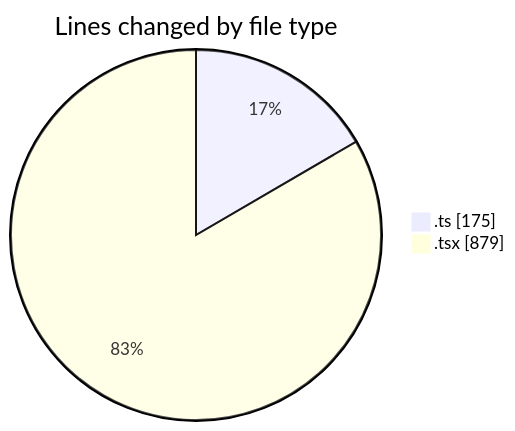
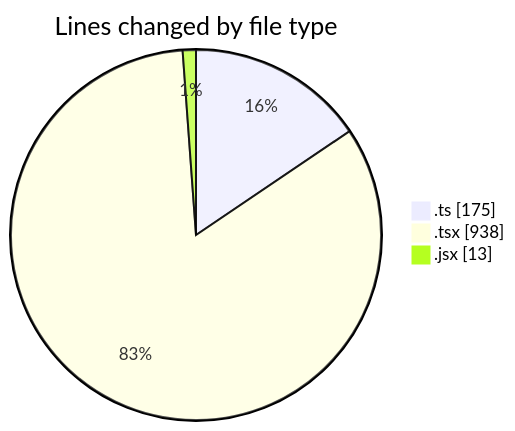
One commit to momahboobian/code-tracking changed the first of 2 diagrams in 2025-12-02/cda/README.md. Above: the diagram before and after it, drawn with Mermaid. The commit also changed other lines of this file and 1 other file, not shown here.

````diff
--- a/2025-12-02/cda/README.md
+++ b/2025-12-02/cda/README.md
@@ -23,6 +24,7 @@
 ```mermaid
 pie showData
 title Lines changed by file type
 ".ts" : 175
-".tsx" : 879
+".tsx" : 938
+".jsx" : 13
 ```
````
